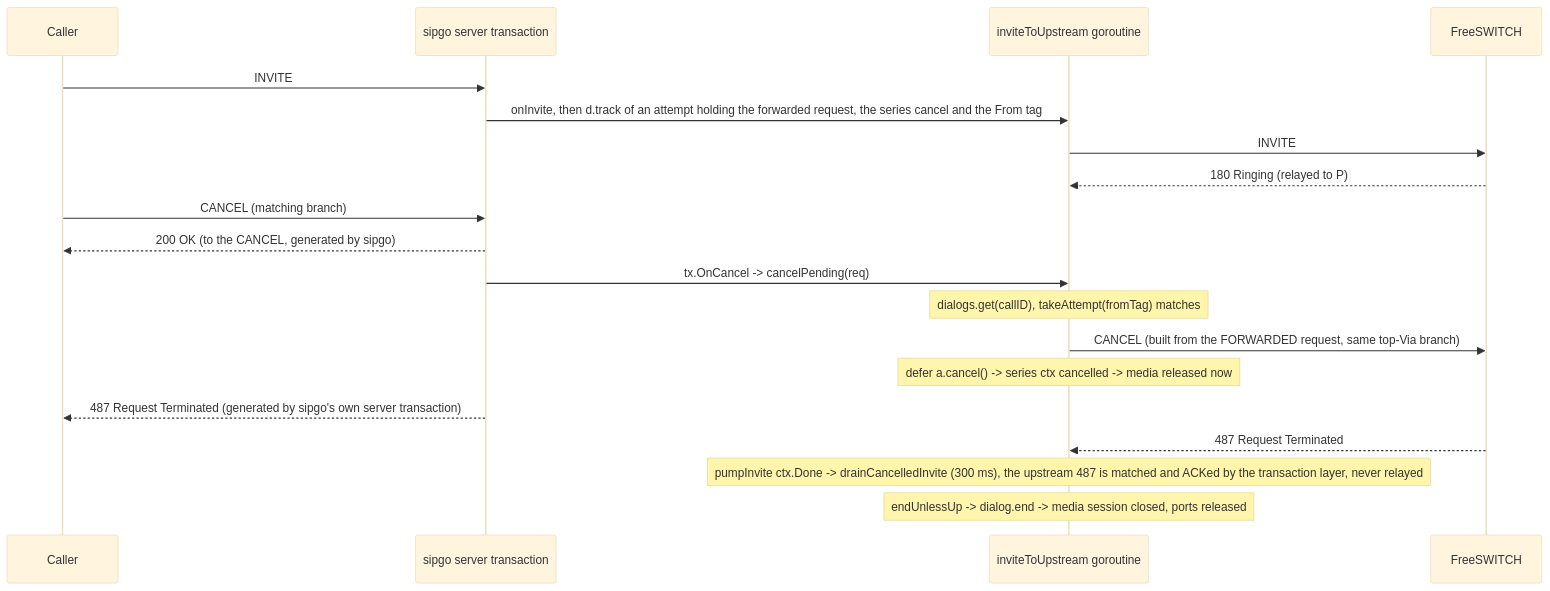
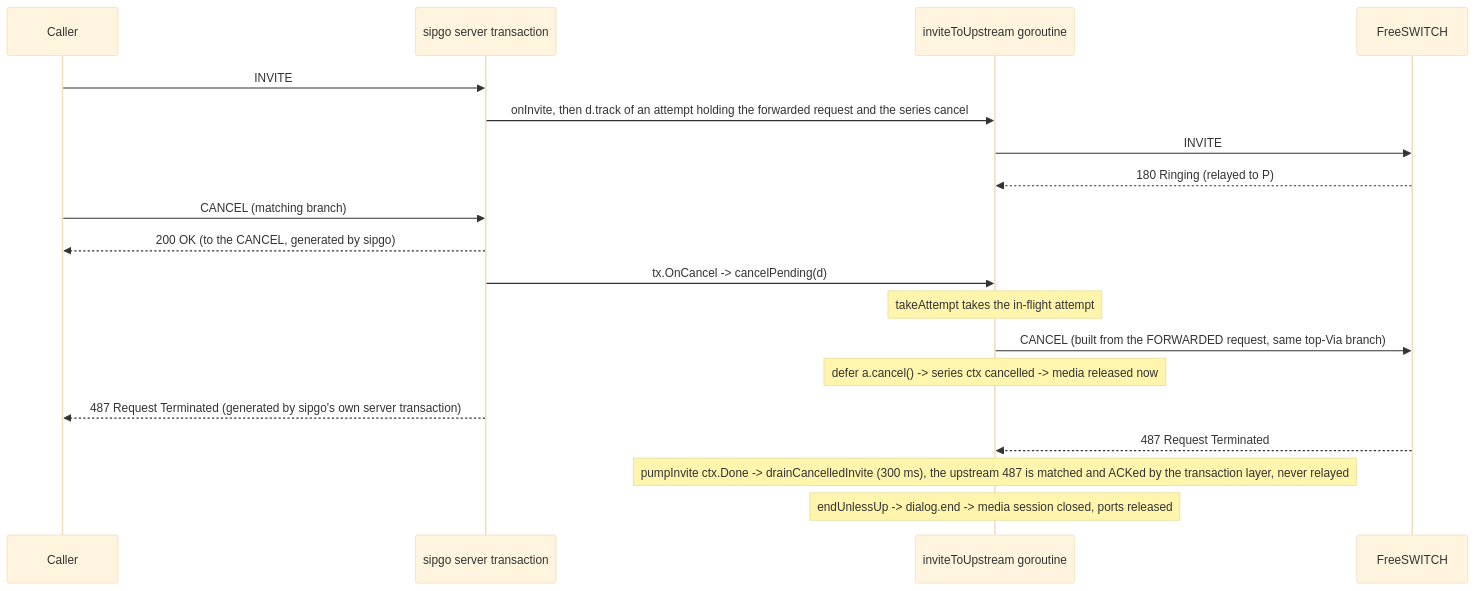
One commit to rasonyang/freesbc changed diagram 17 of 19 in docs/design.md. Above: the diagram before and after it, drawn with Mermaid (base theme). The commit also changed other lines of this file and 10 other files, not shown here.

First line of the commit message:
edge: tag-scoped dialogs, per-fork answers, 2xx retransmissions

````diff
--- a/docs/design.md
+++ b/docs/design.md
@@ -2131,22 +2188,22 @@
 ```mermaid
 sequenceDiagram
     participant P as Caller
     participant S as sipgo server transaction
     participant H as inviteToUpstream goroutine
     participant FS as FreeSWITCH
 
     P->>S: INVITE
-    S->>H: onInvite, then d.track of an attempt holding the forwarded request, the series cancel and the From tag
+    S->>H: onInvite, then d.track of an attempt holding the forwarded request and the series cancel
     H->>FS: INVITE
     FS-->>H: 180 Ringing (relayed to P)
     P->>S: CANCEL (matching branch)
     S-->>P: 200 OK (to the CANCEL, generated by sipgo)
-    S->>H: tx.OnCancel -> cancelPending(req)
-    Note over H: dialogs.get(callID), takeAttempt(fromTag) matches
+    S->>H: tx.OnCancel -> cancelPending(d)
+    Note over H: takeAttempt takes the in-flight attempt
     H->>FS: CANCEL (built from the FORWARDED request, same top-Via branch)
     Note over H: defer a.cancel() -> series ctx cancelled -> media released now
     S-->>P: 487 Request Terminated (generated by sipgo's own server transaction)
     FS-->>H: 487 Request Terminated
     Note over H: pumpInvite ctx.Done -> drainCancelledInvite (300 ms), the upstream 487 is matched and ACKed by the transaction layer, never relayed
     Note over H: endUnlessUp -> dialog.end -> media session closed, ports released
 ```
````
